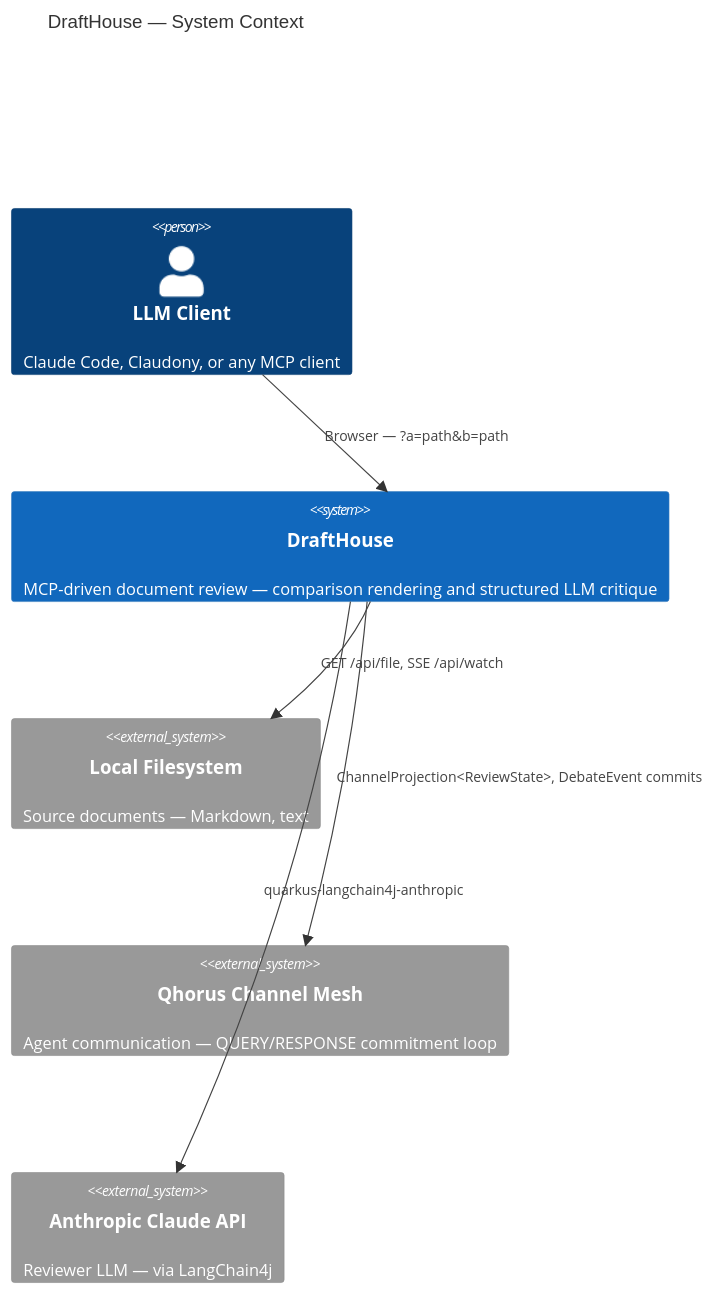
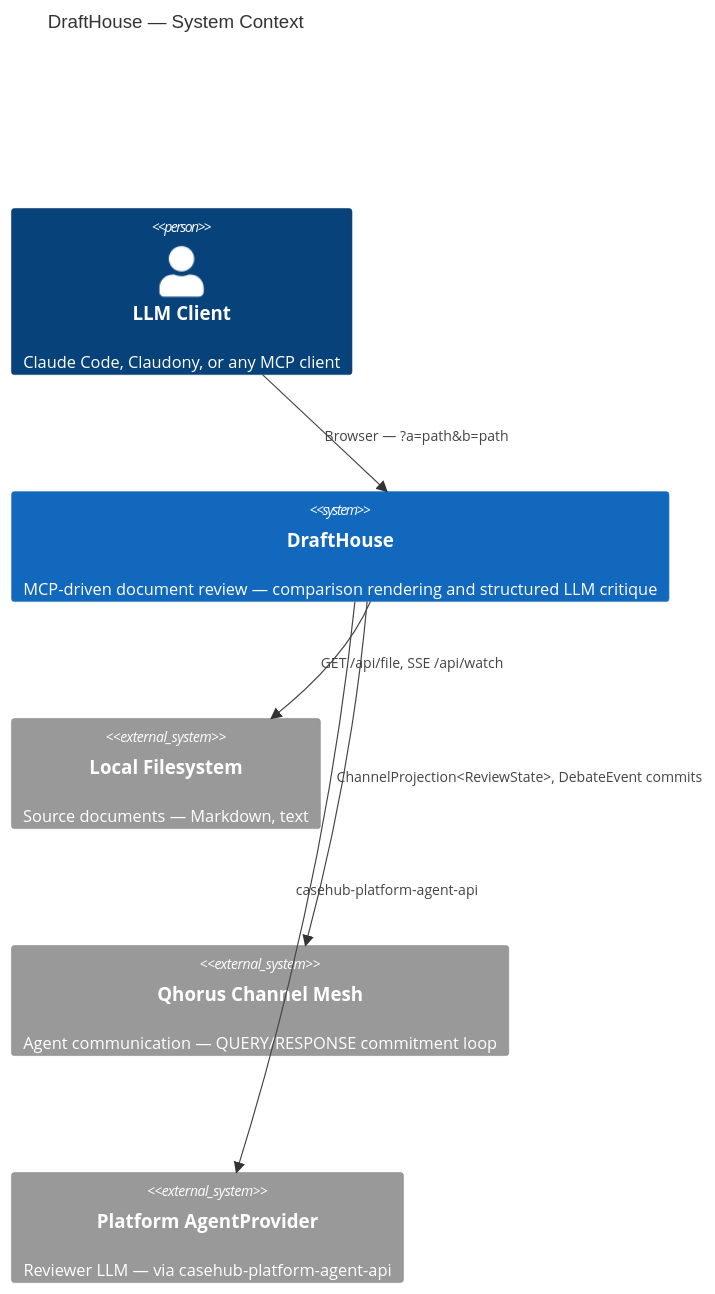
The first of 5 diagrams in ARC42STORIES.MD (mdproctor/drafthouse), drawn with Mermaid before and after one commit. The commit also changed other lines of this file, not shown here.

````diff
--- a/ARC42STORIES.MD
+++ b/ARC42STORIES.MD
@@ -62,15 +62,15 @@
 ```mermaid
 C4Context
   title DraftHouse — System Context
   Person(llm_client, "LLM Client", "Claude Code, Claudony, or any MCP client")
   System(drafthouse, "DraftHouse", "MCP-driven document review — comparison rendering and structured LLM critique")
   System_Ext(filesystem, "Local Filesystem", "Source documents — Markdown, text")
   System_Ext(qhorus, "Qhorus Channel Mesh", "Agent communication — QUERY/RESPONSE commitment loop")
-  System_Ext(anthropic, "Anthropic Claude API", "Reviewer LLM — via LangChain4j")
+  System_Ext(agent_api, "Platform AgentProvider", "Reviewer LLM — via casehub-platform-agent-api")
 
   Rel(llm_client, drafthouse, "MCP tools — start_review, update_selection, query_review, end_review")
   Rel(llm_client, drafthouse, "Browser — ?a=path&b=path")
   Rel(drafthouse, filesystem, "GET /api/file, SSE /api/watch")
   Rel(drafthouse, qhorus, "ChannelProjection<ReviewState>, DebateEvent commits")
-  Rel(drafthouse, anthropic, "quarkus-langchain4j-anthropic")
+  Rel(drafthouse, agent_api, "casehub-platform-agent-api")
 ```
````
